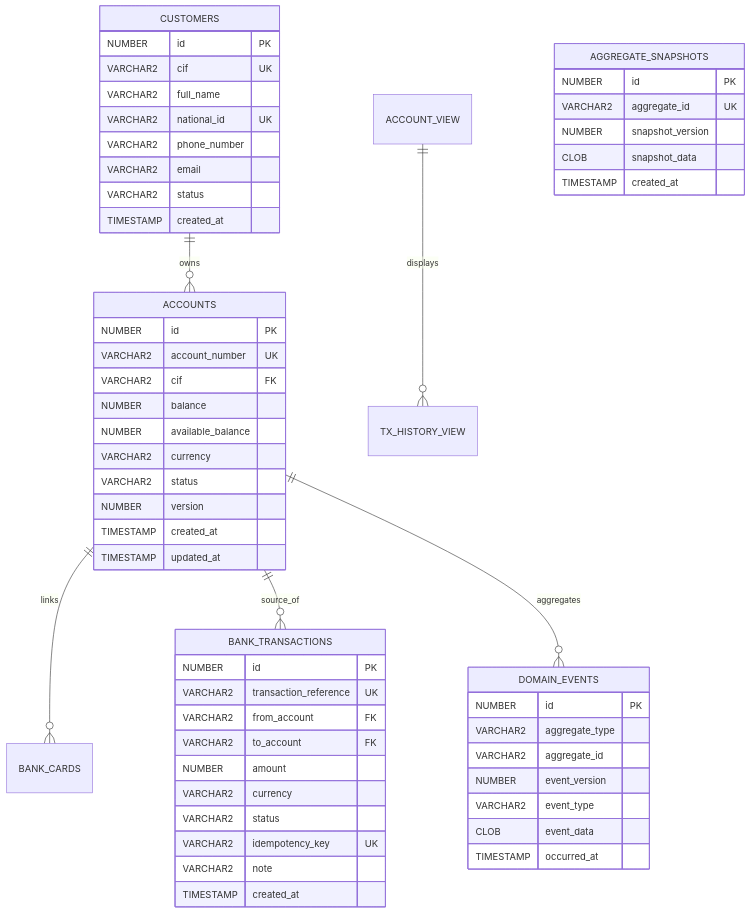
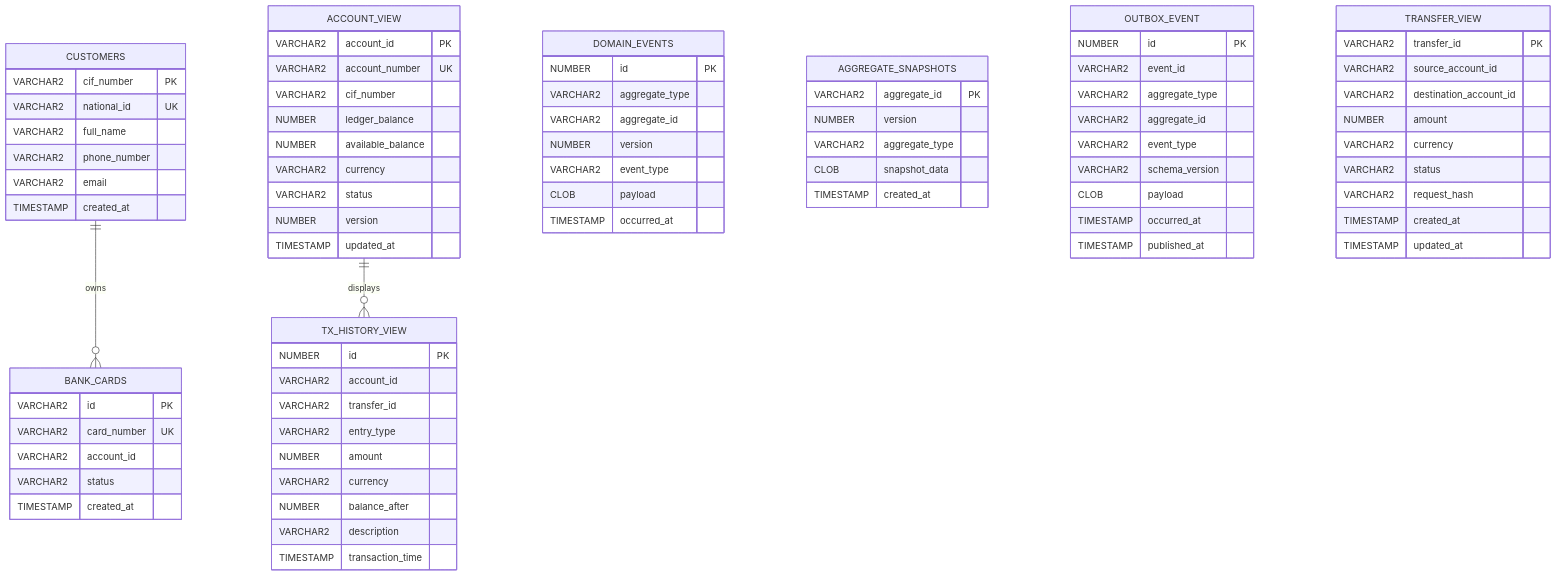
Before and after one commit to Kieuhieu1408/simulation-bank-platform: the first of 3 diagrams in corebank/docs/srd.md, drawn with Mermaid. The commit also changed other lines of this file and 3 other files, not shown here.

````diff
--- a/corebank/docs/srd.md
+++ b/corebank/docs/srd.md
@@ -61,45 +86,22 @@
 ```mermaid
 erDiagram
-    CUSTOMERS ||--o{ ACCOUNTS : owns
-    ACCOUNTS ||--o{ BANK_CARDS : links
-    ACCOUNTS ||--o{ BANK_TRANSACTIONS : source_of
-    ACCOUNTS ||--o{ DOMAIN_EVENTS : aggregates
+    CUSTOMERS ||--o{ BANK_CARDS : owns
     ACCOUNT_VIEW ||--o{ TX_HISTORY_VIEW : displays
 
     CUSTOMERS {
-        NUMBER id PK
-        VARCHAR2 cif UK
+        VARCHAR2 cif_number PK
+        VARCHAR2 national_id UK
         VARCHAR2 full_name
-        VARCHAR2 national_id UK
         VARCHAR2 phone_number
         VARCHAR2 email
-        VARCHAR2 status
         TIMESTAMP created_at
     }
 
-    ACCOUNTS {
-        NUMBER id PK
-        VARCHAR2 account_number UK
-        VARCHAR2 cif FK
-        NUMBER balance
-        NUMBER available_balance
-        VARCHAR2 currency
+    BANK_CARDS {
+        VARCHAR2 id PK
+        VARCHAR2 card_number UK
+        VARCHAR2 account_id
         VARCHAR2 status
-        NUMBER version
-        TIMESTAMP created_at
-        TIMESTAMP updated_at
-    }
-
-    BANK_TRANSACTIONS {
-        NUMBER id PK
-        VARCHAR2 transaction_reference UK
-        VARCHAR2 from_account FK
-        VARCHAR2 to_account FK
-        NUMBER amount
-        VARCHAR2 currency
-        VARCHAR2 status
-        VARCHAR2 idempotency_key UK
-        VARCHAR2 note
         TIMESTAMP created_at
     }
 
@@ -107,17 +109,65 @@
         NUMBER id PK
         VARCHAR2 aggregate_type
         VARCHAR2 aggregate_id
-        NUMBER event_version
+        NUMBER version
         VARCHAR2 event_type
-        CLOB event_data
+        CLOB payload
         TIMESTAMP occurred_at
     }
 
     AGGREGATE_SNAPSHOTS {
-        NUMBER id PK
-        VARCHAR2 aggregate_id UK
-        NUMBER snapshot_version
+        VARCHAR2 aggregate_id PK
+        NUMBER version
+        VARCHAR2 aggregate_type
         CLOB snapshot_data
         TIMESTAMP created_at
     }
+
+    OUTBOX_EVENT {
+        NUMBER id PK
+        VARCHAR2 event_id
+        VARCHAR2 aggregate_type
+        VARCHAR2 aggregate_id
+        VARCHAR2 event_type
+        VARCHAR2 schema_version
+        CLOB payload
+        TIMESTAMP occurred_at
+        TIMESTAMP published_at
+    }
+
+    TRANSFER_VIEW {
+        VARCHAR2 transfer_id PK
+        VARCHAR2 source_account_id
+        VARCHAR2 destination_account_id
+        NUMBER amount
+        VARCHAR2 currency
+        VARCHAR2 status
+        VARCHAR2 request_hash
+        TIMESTAMP created_at
+        TIMESTAMP updated_at
+    }
+
+    ACCOUNT_VIEW {
+        VARCHAR2 account_id PK
+        VARCHAR2 account_number UK
+        VARCHAR2 cif_number
+        NUMBER ledger_balance
+        NUMBER available_balance
+        VARCHAR2 currency
+        VARCHAR2 status
+        NUMBER version
+        TIMESTAMP updated_at
+    }
+
+    TX_HISTORY_VIEW {
+        NUMBER id PK
+        VARCHAR2 account_id
+        VARCHAR2 transfer_id
+        VARCHAR2 entry_type
+        NUMBER amount
+        VARCHAR2 currency
+        NUMBER balance_after
+        VARCHAR2 description
+        TIMESTAMP transaction_time
+    }
 ```
````
